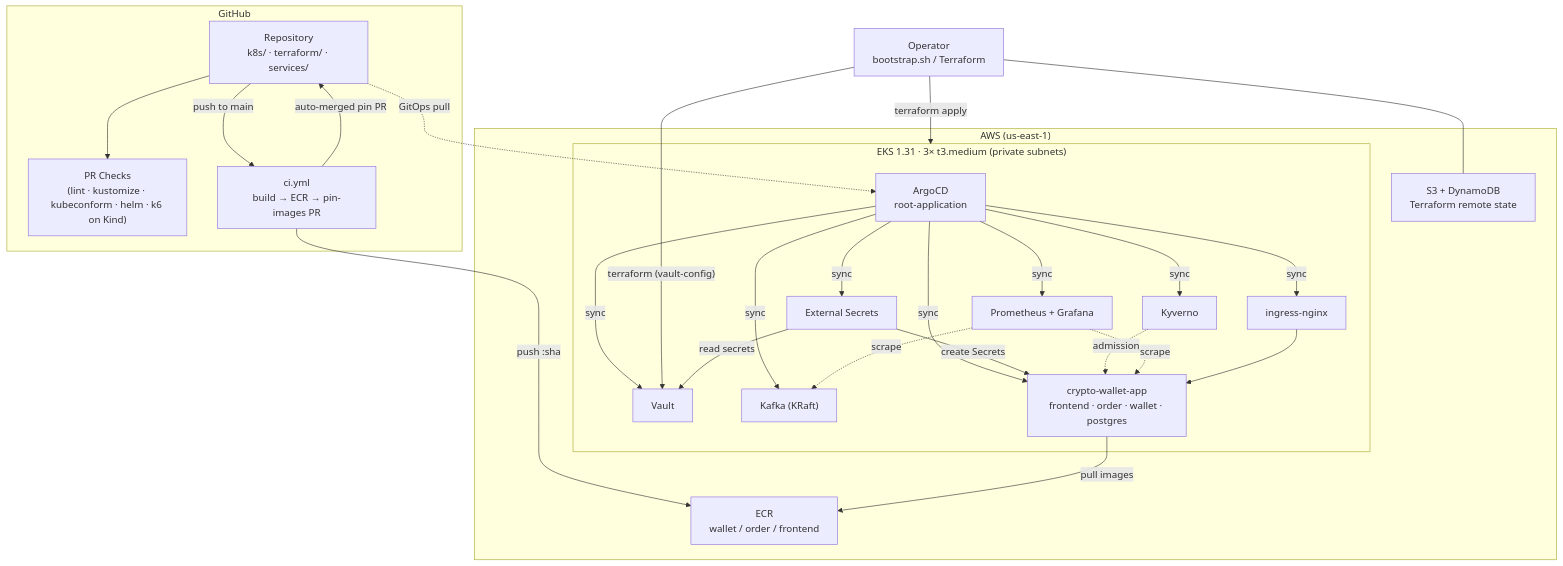
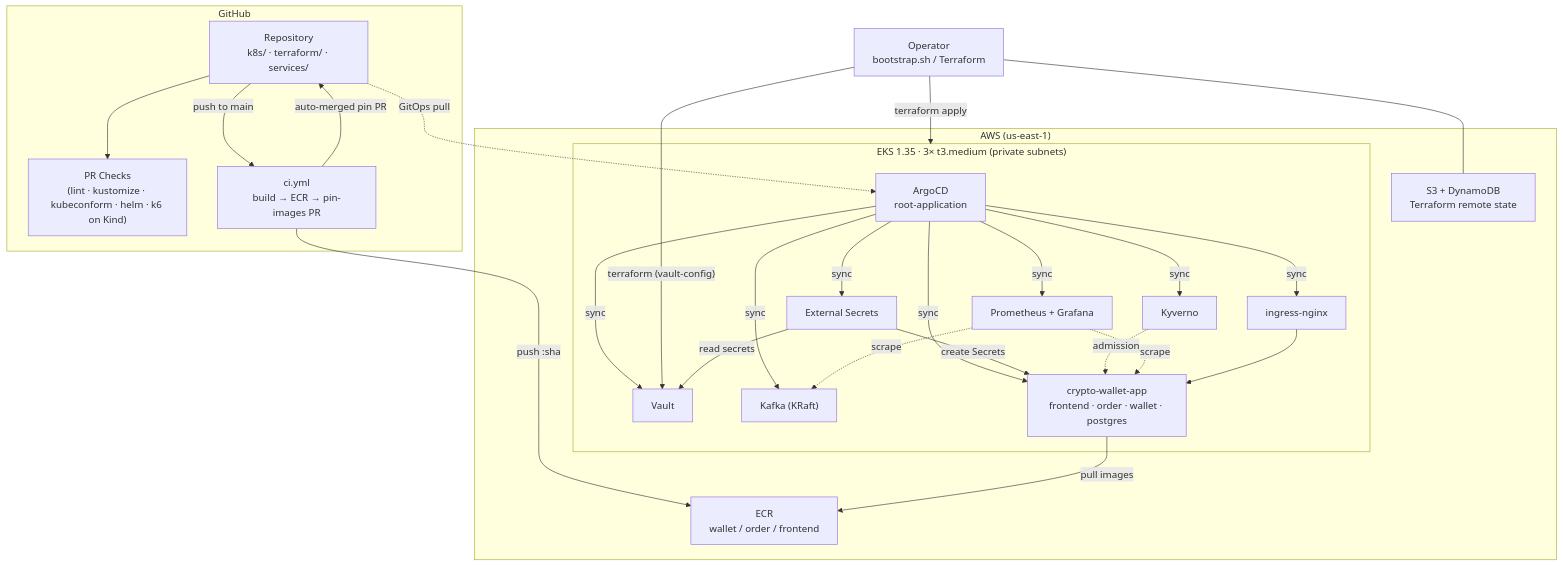
The first of 7 diagrams in architecture.md (SaharBe/crypto-wallet-service), drawn with Mermaid before and after one commit. The commit also changed other lines of this file and 10 other files, not shown here.

````diff
--- a/architecture.md
+++ b/architecture.md
@@ -35,41 +35,41 @@
 ```mermaid
 flowchart TB
     subgraph GH["GitHub"]
         REPO["Repository<br/>k8s/ · terraform/ · services/"]
         PRC["PR Checks<br/>(lint · kustomize · kubeconform · helm · k6 on Kind)"]
         CI["ci.yml<br/>build → ECR → pin-images PR"]
     end
 
     subgraph AWS["AWS (us-east-1)"]
         ECR["ECR<br/>wallet / order / frontend"]
         S3["S3 + DynamoDB<br/>Terraform remote state"]
-        subgraph EKS["EKS 1.31 · 3× t3.medium (private subnets)"]
+        subgraph EKS["EKS 1.35 · 3× t3.medium (private subnets)"]
             ARGO["ArgoCD<br/>root-application"]
             KYV["Kyverno"]
             VAULT["Vault"]
             ESO["External Secrets"]
             ING["ingress-nginx"]
             MON["Prometheus + Grafana"]
             KAFKA["Kafka (KRaft)"]
             APP["crypto-wallet-app<br/>frontend · order · wallet · postgres"]
         end
     end
 
     OP["Operator<br/>bootstrap.sh / Terraform"]
 
     REPO --> PRC
     REPO -->|"push to main"| CI
     CI -->|"push :sha"| ECR
     CI -->|"auto-merged pin PR"| REPO
     REPO -.->|"GitOps pull"| ARGO
     ARGO -->|"sync"| KYV & VAULT & ESO & ING & MON & KAFKA & APP
     OP -->|"terraform apply"| EKS
     OP -->|"terraform (vault-config)"| VAULT
     OP --- S3
     ESO -->|"read secrets"| VAULT
     ESO -->|"create Secrets"| APP
     KYV -.->|"admission"| APP
     MON -.->|"scrape"| APP & KAFKA
     APP -->|"pull images"| ECR
     ING --> APP
 ```
````
